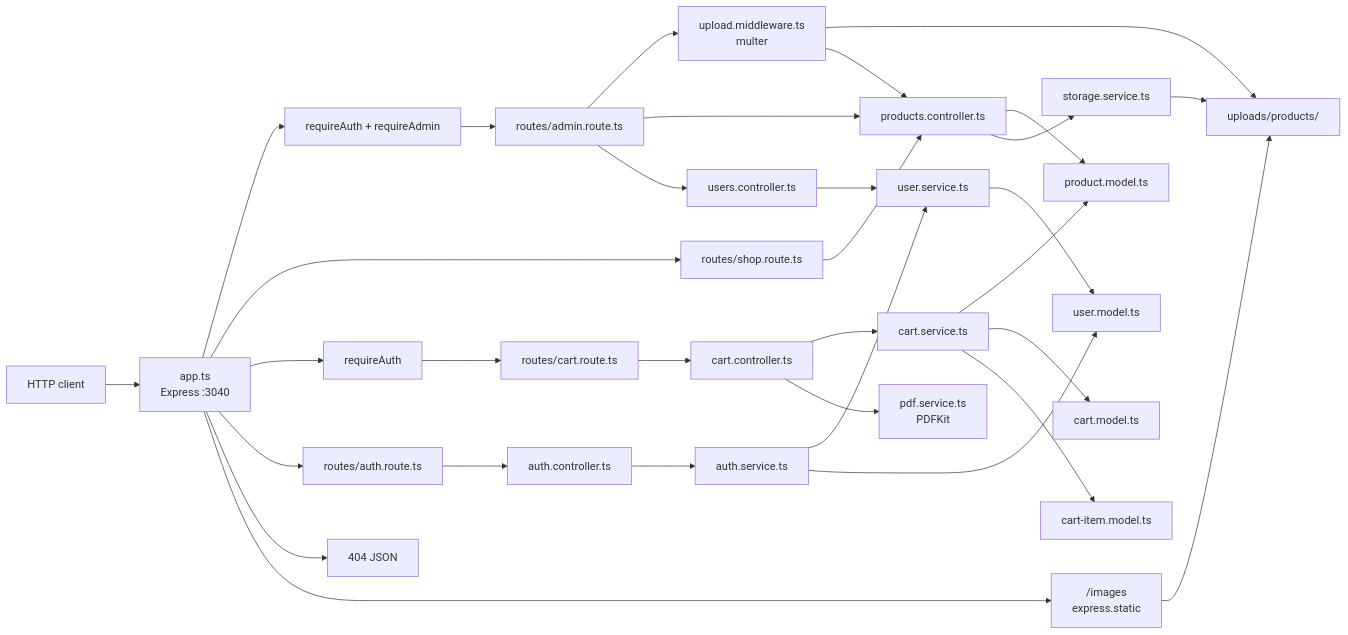
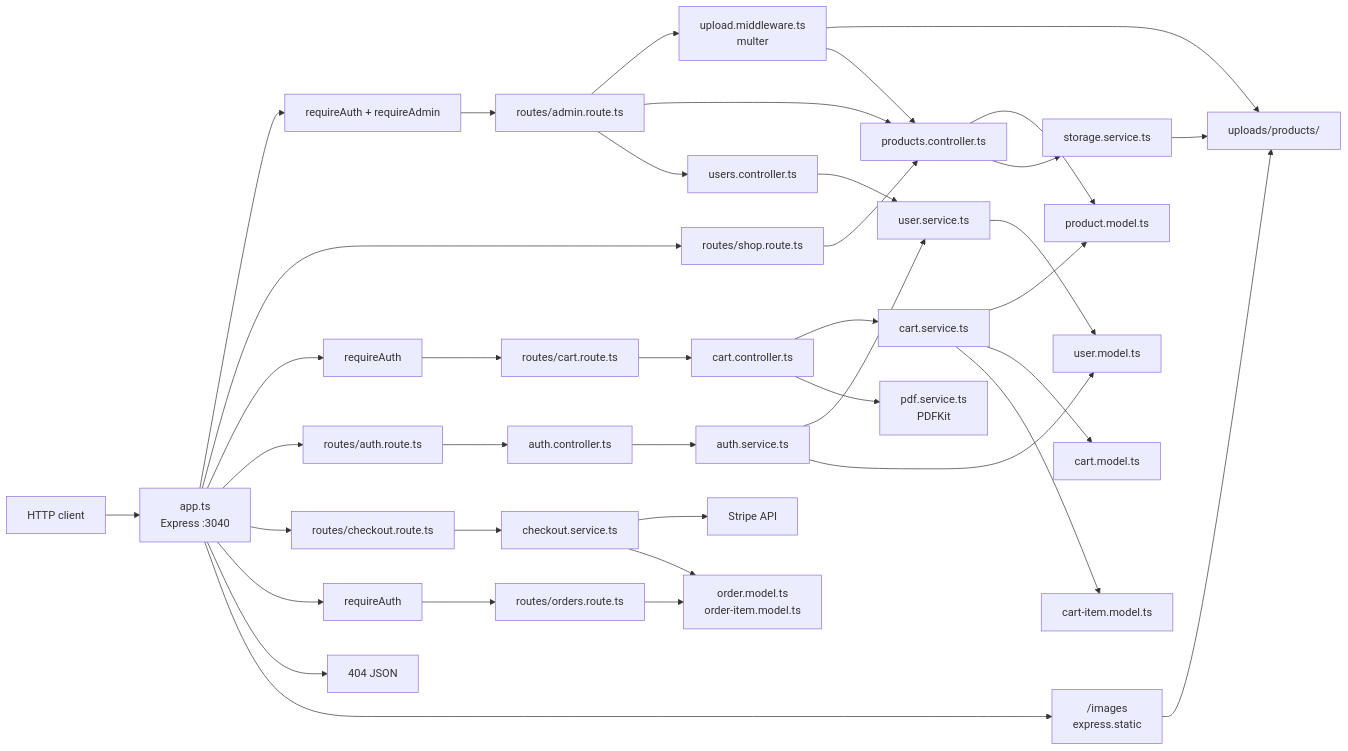
One commit to engmagdy87/backend-concepts changed the diagram in README.md. Above: the diagram before and after it, drawn with Mermaid. The commit also changed other lines of this file and 21 other files, not shown here.

First line of the commit message:
Pay for the cart with Stripe and list orders

````diff
--- a/README.md
+++ b/README.md
@@ -228,34 +272,41 @@
 ```mermaid
 flowchart LR
   Client["HTTP client"] --> App["app.ts\nExpress :3040"]
   App --> Guard["requireAuth + requireAdmin"]
   Guard --> Admin["routes/admin.route.ts"]
   App --> Shop["routes/shop.route.ts"]
   App --> CartGuard["requireAuth"]
   CartGuard --> CartRt["routes/cart.route.ts"]
   App --> AuthRt["routes/auth.route.ts"]
+  App --> CheckoutRt["routes/checkout.route.ts"]
+  App --> OrdersGuard["requireAuth"]
+  OrdersGuard --> OrdersRt["routes/orders.route.ts"]
+  CheckoutRt --> CheckoutSvc["checkout.service.ts"]
+  CheckoutSvc --> Stripe["Stripe API"]
+  CheckoutSvc --> OrderModel["order.model.ts\norder-item.model.ts"]
+  OrdersRt --> OrderModel
   App --> NotFound["404 JSON"]
   App --> Images["/images\nexpress.static"]
   Images --> UploadsDir["uploads/products/"]
   Admin --> Upload["upload.middleware.ts\nmulter"]
   Upload --> UploadsDir
   Upload --> ProdCtrl
   Admin --> ProdCtrl["products.controller.ts"]
   Admin --> UsersCtrl["users.controller.ts"]
   Shop --> ProdCtrl
   CartRt --> CartCtrl["cart.controller.ts"]
   AuthRt --> AuthCtrl["auth.controller.ts"]
   ProdCtrl --> ProdModel["product.model.ts"]
   ProdCtrl --> Storage["storage.service.ts"]
   Storage --> UploadsDir
   UsersCtrl --> UserSvc["user.service.ts"]
   AuthCtrl --> AuthSvc["auth.service.ts"]
   AuthSvc --> UserSvc
   UserSvc --> UserModel["user.model.ts"]
   AuthSvc --> UserModel
   CartCtrl --> CartSvc["cart.service.ts"]
   CartSvc --> ProdModel
   CartSvc --> CartModel["cart.model.ts"]
   CartSvc --> CartItemModel["cart-item.model.ts"]
   CartCtrl --> Pdf["pdf.service.ts\nPDFKit"]
 ```
````
